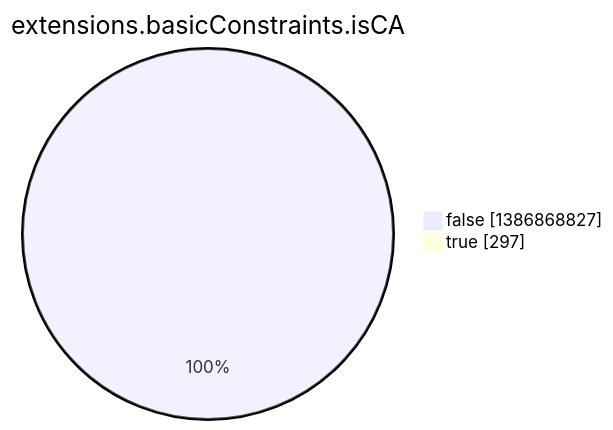
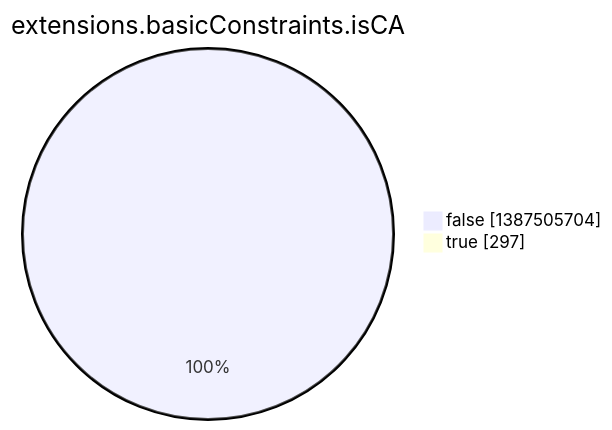
One commit to christiankrug/ctmonitor_visualization changed the eighth of 15 diagrams in argon2022/README.md. Above: the diagram before and after it, drawn with Mermaid. The commit also changed other lines of this file, not shown here.

````diff
--- a/argon2022/README.md
+++ b/argon2022/README.md
@@ -2759,6 +2759,6 @@
 ```mermaid
 pie showData
 title extensions.basicConstraints.isCA
-"false" :1386868827
+"false" :1387505704
 "true" :297
 ```
````
